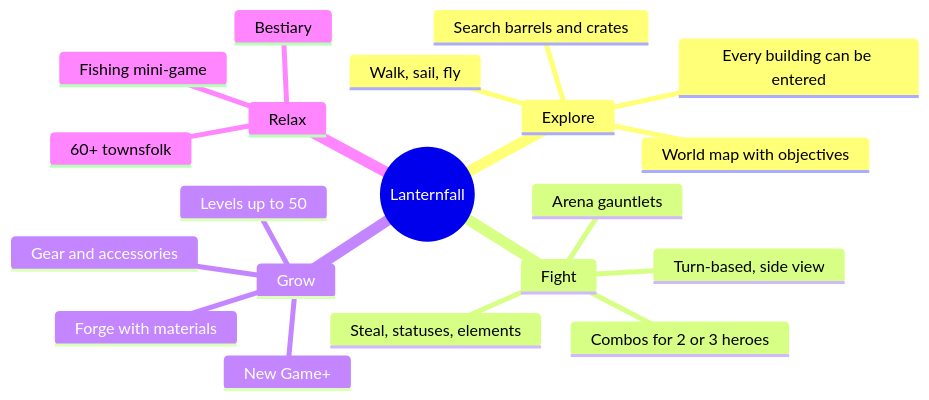
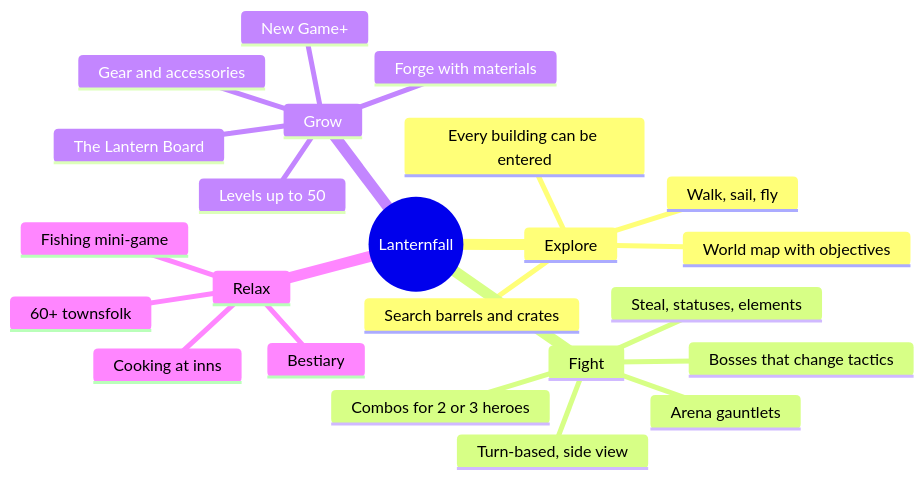
One commit to CptNope/Laternfall changed the second of 5 diagrams in README.md. Above: the diagram before and after it, drawn with Mermaid. The commit also changed other lines of this file and 19 other files, not shown here.

First line of the commit message:
1.6.0 Deeper systems: Lantern Board, cooking, smarter enemies, new statuses

````diff
--- a/README.md
+++ b/README.md
@@ -122,23 +123,26 @@
 ```mermaid
 mindmap
   root((Lanternfall))
     Explore
       Walk, sail, fly
       Every building can be entered
       Search barrels and crates
       World map with objectives
     Fight
       Turn-based, side view
       Combos for 2 or 3 heroes
       Steal, statuses, elements
+      Bosses that change tactics
       Arena gauntlets
     Grow
       Levels up to 50
+      The Lantern Board
       Gear and accessories
       Forge with materials
       New Game+
     Relax
       Fishing mini-game
+      Cooking at inns
       Bestiary
       60+ townsfolk
 ```
````
